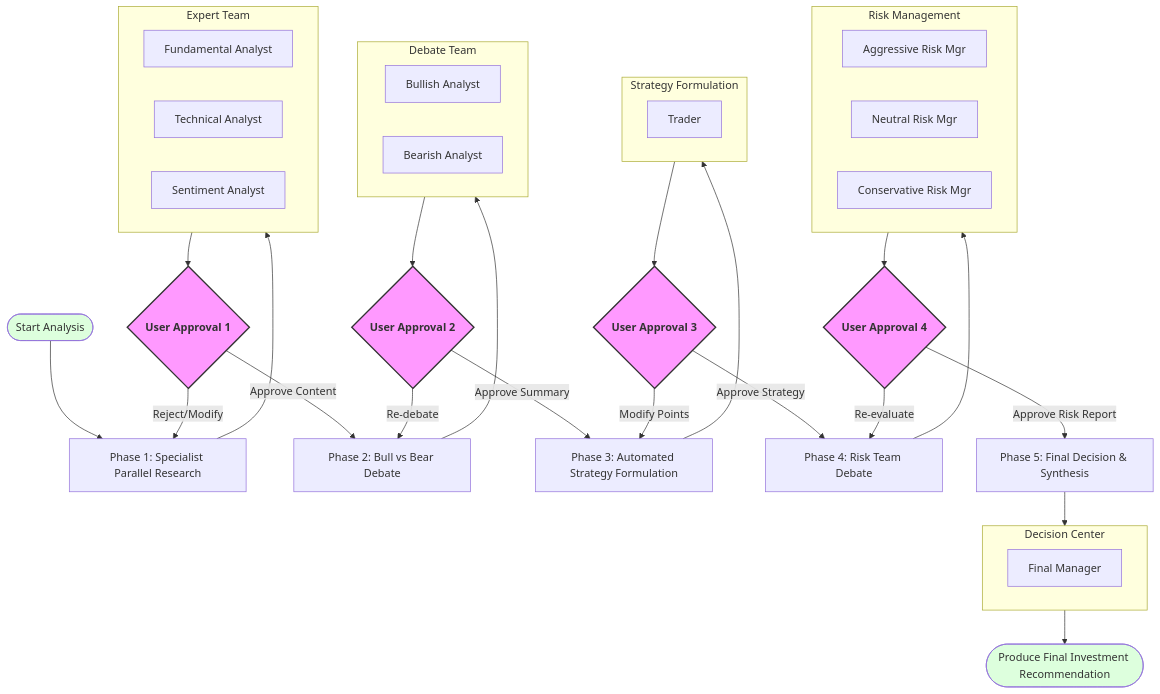
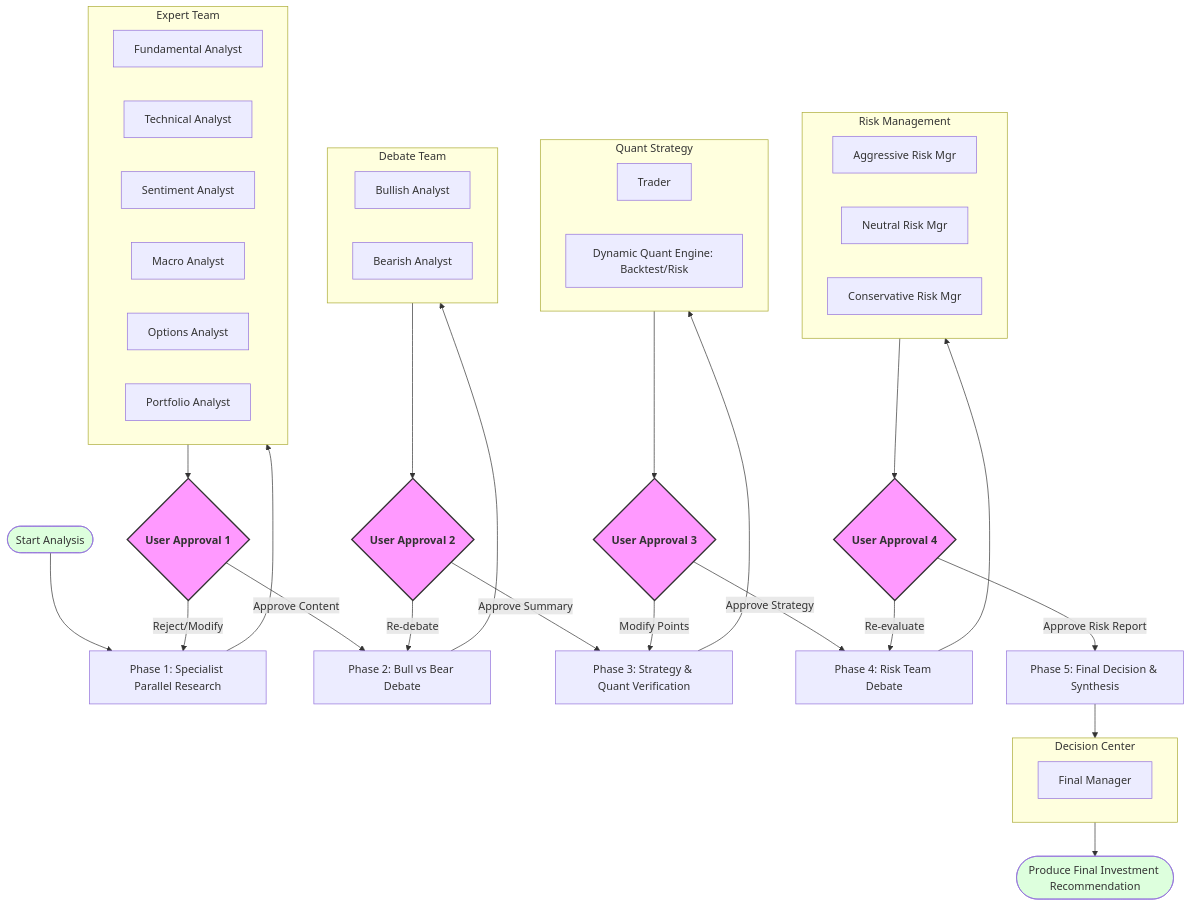
One commit to jeffreychuuu/stock_analysis_agentic_agents changed the diagram in README.md. Above: the diagram before and after it, drawn with Mermaid. The commit also changed other lines of this file and 9 other files, not shown here.

First line of the commit message:
feat: transform to zero-code architecture and implement portfolio & risk engines

````diff
--- a/README.md
+++ b/README.md
@@ -12,63 +12,67 @@
 ```mermaid
 graph TD
     Start([Start Analysis]) --> Phase1[Phase 1: Specialist Parallel Research]
 
     subgraph P1 [Expert Team]
         FA[Fundamental Analyst]
         TA[Technical Analyst]
         SA[Sentiment Analyst]
+        MA[Macro Analyst]
+        OA[Options Analyst]
+        PA[Portfolio Analyst]
     end
 
     Phase1 --> P1
     P1 --> User1{<b>User Approval 1</b>}
 
     User1 -- Reject/Modify --> Phase1
     User1 -- Approve Content --> Phase2[Phase 2: Bull vs Bear Debate]
 
     subgraph P2 [Debate Team]
         Bull[Bullish Analyst]
         Bear[Bearish Analyst]
     end
 
     Phase2 --> P2
     P2 --> User2{<b>User Approval 2</b>}
 
     User2 -- Re-debate --> Phase2
-    User2 -- Approve Summary --> Phase3[Phase 3: Automated Strategy Formulation]
+    User2 -- Approve Summary --> Phase3[Phase 3: Strategy & Quant Verification]
 
-    subgraph P3 [Strategy Formulation]
+    subgraph P3 [Quant Strategy]
         Trader[Trader]
+        QE[Dynamic Quant Engine: Backtest/Risk]
     end
 
     Phase3 --> P3
     P3 --> User3{<b>User Approval 3</b>}
 
     User3 -- Modify Points --> Phase3
     User3 -- Approve Strategy --> Phase4[Phase 4: Risk Team Debate]
 
     subgraph P4 [Risk Management]
         ARM[Aggressive Risk Mgr]
         NRM[Neutral Risk Mgr]
         CRM[Conservative Risk Mgr]
     end
 
     Phase4 --> P4
     P4 --> User4{<b>User Approval 4</b>}
 
     User4 -- Re-evaluate --> Phase4
     User4 -- Approve Risk Report --> Phase5[Phase 5: Final Decision & Synthesis]
 
     subgraph P5 [Decision Center]
         FM[Final Manager]
     end
 
     Phase5 --> P5
     P5 --> Output([Produce Final Investment Recommendation])
 
     style User1 fill:#f9f,stroke:#333,stroke-width:2px
     style User2 fill:#f9f,stroke:#333,stroke-width:2px
     style User3 fill:#f9f,stroke:#333,stroke-width:2px
     style User4 fill:#f9f,stroke:#333,stroke-width:2px
     style Start fill:#dfd
     style Output fill:#dfd
 ```
````
